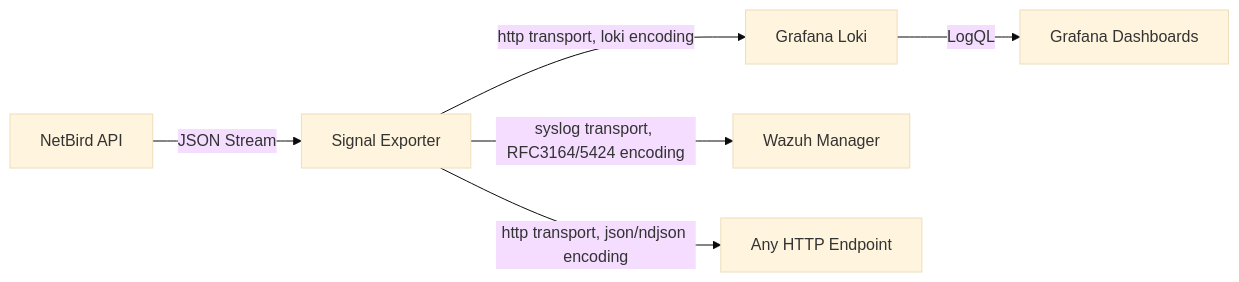
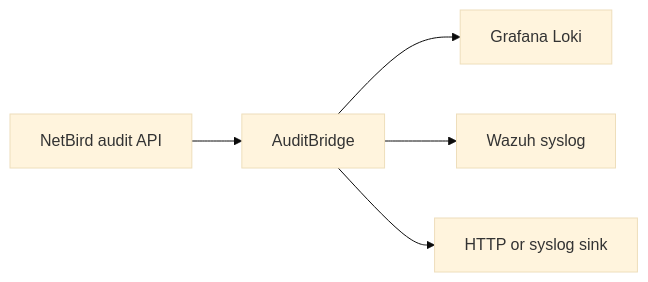
The diagram in README.md (onelrian/auditbridge), drawn with Mermaid (base theme) before and after one commit. The commit also changed other lines of this file, not shown here.

````diff
--- a/README.md
+++ b/README.md
@@ -21,8 +7,7 @@
 ```mermaid
 flowchart LR
-    NA[NetBird API] -->|JSON Stream| Signal[Signal Exporter]
-    Signal -->|http transport, loki encoding| Loki[Grafana Loki]
-    Signal -->|syslog transport, RFC3164/5424 encoding| Wazuh[Wazuh Manager]
-    Signal -->|http transport, json/ndjson encoding| HTTP[Any HTTP Endpoint]
-    Loki -->|LogQL| Grafana[Grafana Dashboards]
+  NetBird[NetBird audit API] --> AuditBridge[AuditBridge]
+  AuditBridge --> Loki[Grafana Loki]
+  AuditBridge --> Wazuh[Wazuh syslog]
+  AuditBridge --> HTTP[HTTP or syslog sink]
 ```
````
